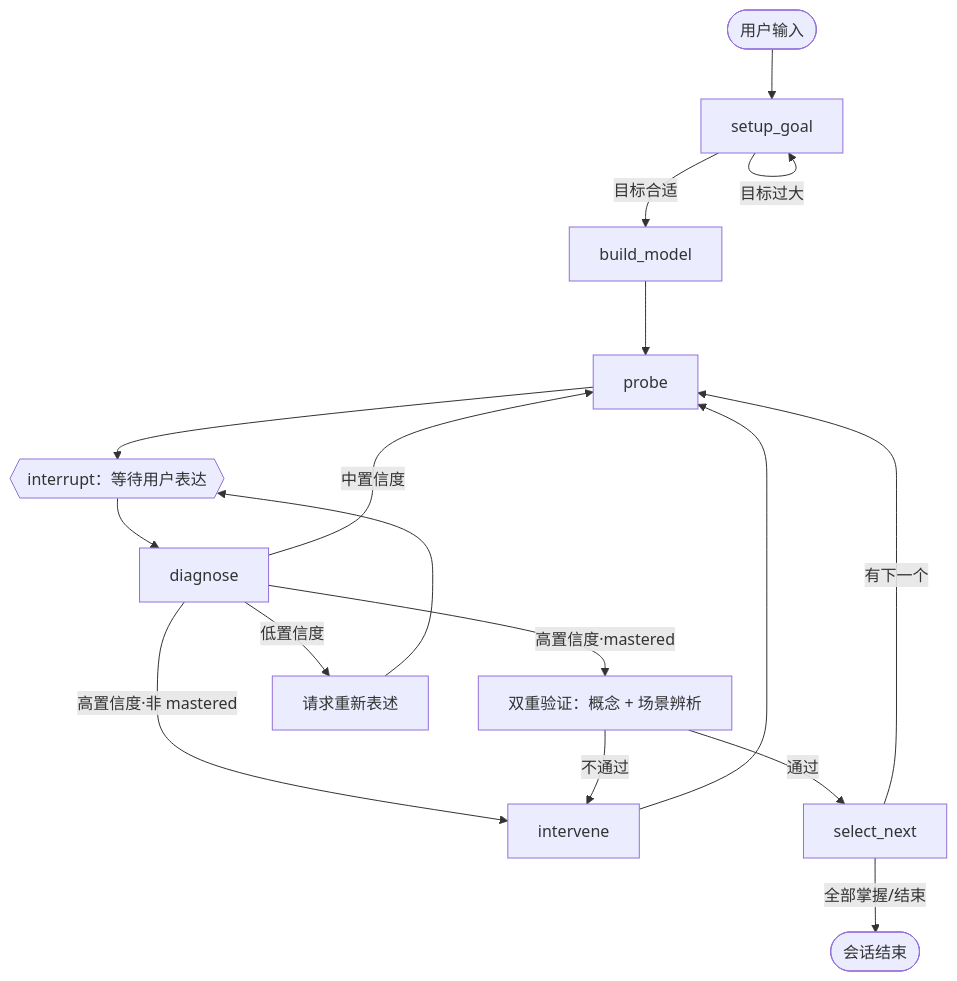
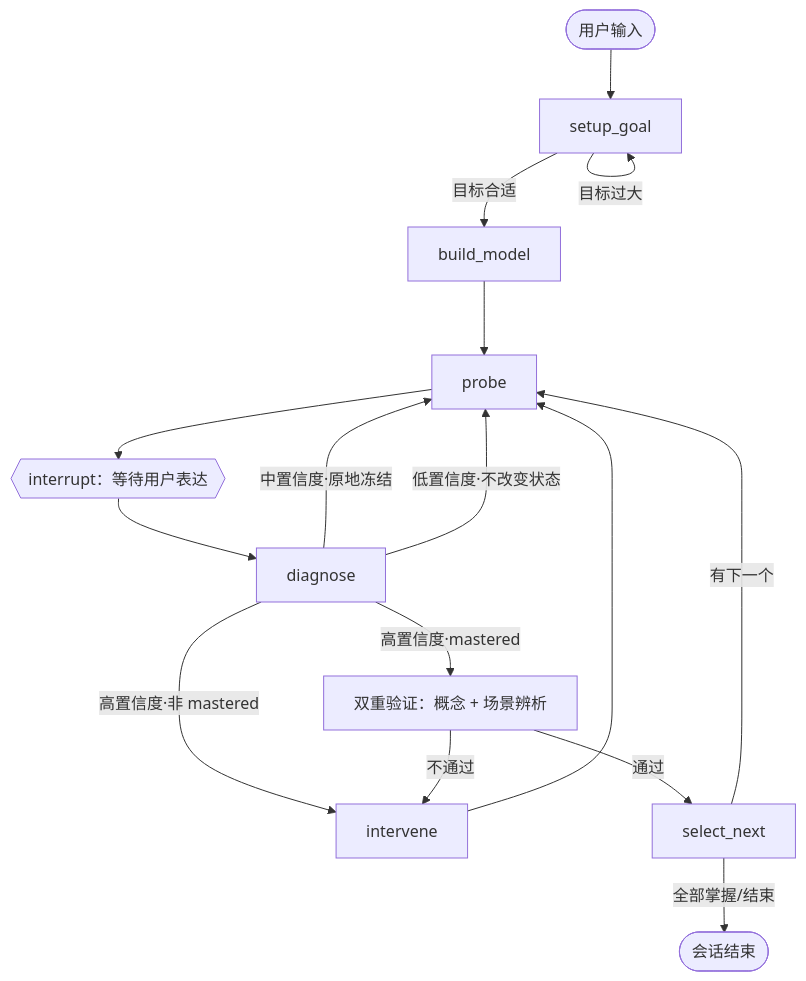
One commit to b1tzer/cognia changed the second of 2 diagrams in docs/plan.md. Above: the diagram before and after it, drawn with Mermaid. The commit also changed other lines of this file and 2 other files, not shown here.

````diff
--- a/docs/plan.md
+++ b/docs/plan.md
@@ -58,19 +58,18 @@
 ```mermaid
 flowchart TD
     START([用户输入]) --> A[setup_goal]
     A -->|目标过大| A
     A -->|目标合适| B[build_model]
     B --> C[probe]
     C --> WAIT{{interrupt：等待用户表达}}
     WAIT --> D[diagnose]
     D -->|高置信度·非 mastered| E[intervene]
     D -->|高置信度·mastered| V[双重验证：概念 + 场景辨析]
-    D -->|中置信度| C
-    D -->|低置信度| ASK[请求重新表述]
-    ASK --> WAIT
+    D -->|中置信度·原地冻结| C
+    D -->|低置信度·不改变状态| C
     E --> C
     V -->|通过| S[select_next]
     V -->|不通过| E
     S -->|有下一个| C
     S -->|全部掌握/结束| END([会话结束])
 ```
````
